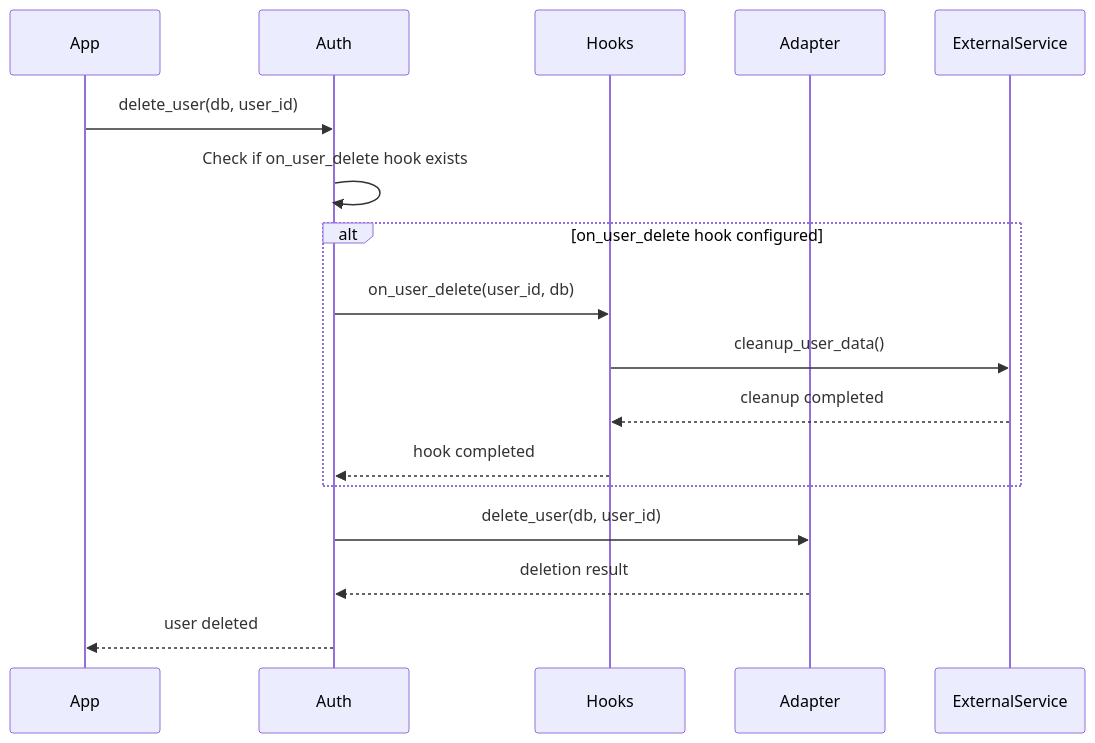
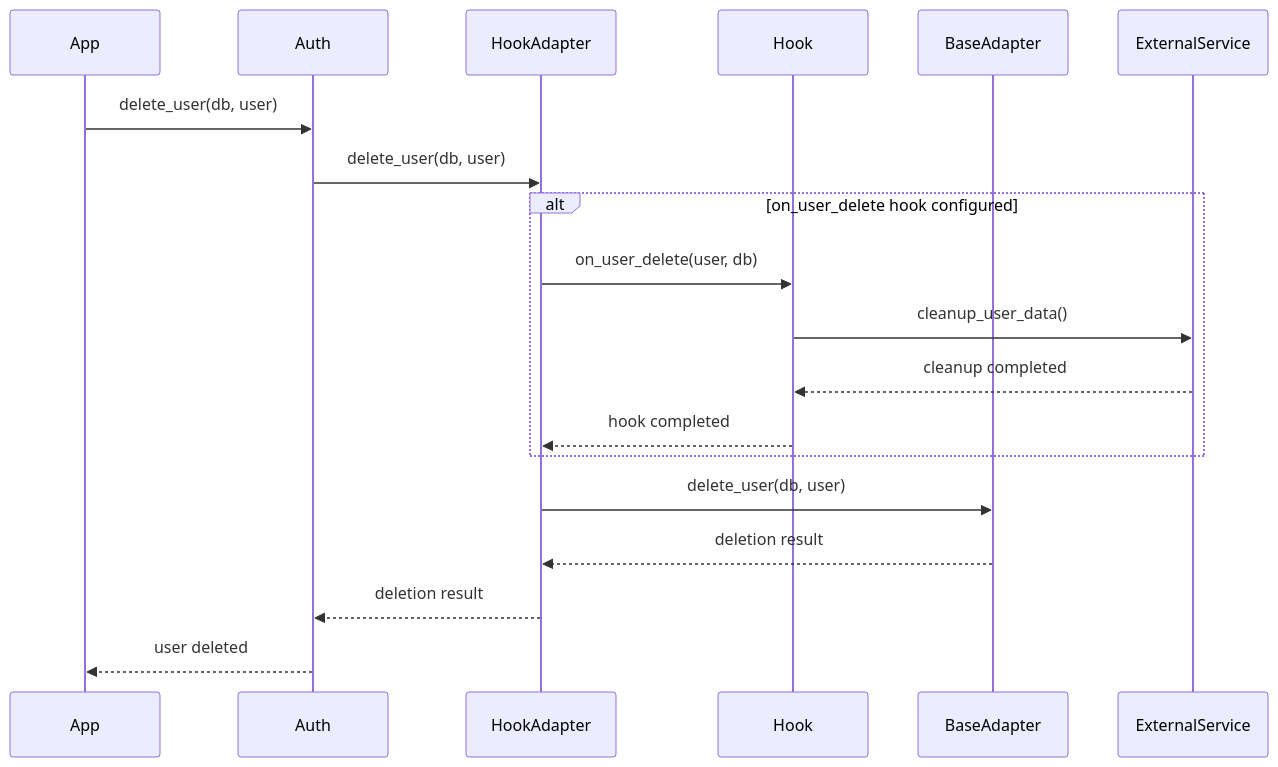
Before and after one commit to mplemay/belgie: the fourth of 5 diagrams in design/003-auth-event-hooks.md, drawn with Mermaid. The commit also changed other lines of this file, not shown here.

Commit message:
docs: update auth hooks design with adapter wrapper and generic types

````diff
--- a/design/003-auth-event-hooks.md
+++ b/design/003-auth-event-hooks.md
@@ -143,20 +157,22 @@
 ```mermaid
 sequenceDiagram
     participant App
     participant Auth
-    participant Hooks
-    participant Adapter
+    participant HookAdapter
+    participant Hook
+    participant BaseAdapter
     participant ExternalService
 
-    App->>Auth: delete_user(db, user_id)
-    Auth->>Auth: Check if on_user_delete hook exists
+    App->>Auth: delete_user(db, user)
+    Auth->>HookAdapter: delete_user(db, user)
     alt on_user_delete hook configured
-        Auth->>Hooks: on_user_delete(user_id, db)
-        Hooks->>ExternalService: cleanup_user_data()
-        ExternalService-->>Hooks: cleanup completed
-        Hooks-->>Auth: hook completed
+        HookAdapter->>Hook: on_user_delete(user, db)
+        Hook->>ExternalService: cleanup_user_data()
+        ExternalService-->>Hook: cleanup completed
+        Hook-->>HookAdapter: hook completed
     end
-    Auth->>Adapter: delete_user(db, user_id)
-    Adapter-->>Auth: deletion result
+    HookAdapter->>BaseAdapter: delete_user(db, user)
+    BaseAdapter-->>HookAdapter: deletion result
+    HookAdapter-->>Auth: deletion result
     Auth-->>App: user deleted
 ```
````
